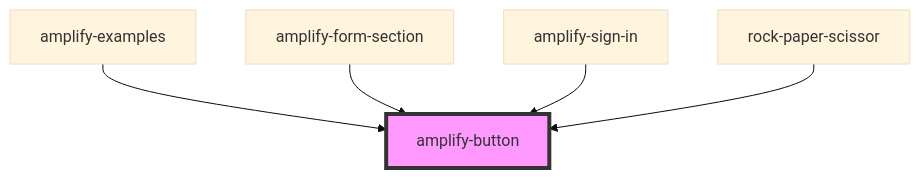
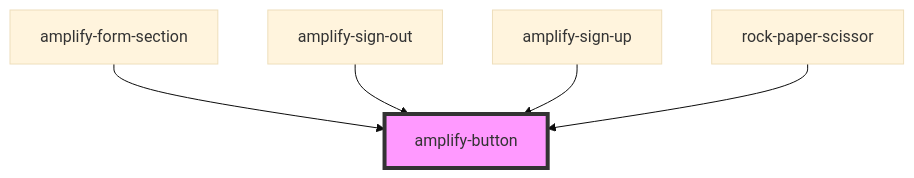
Before and after one commit to OneDev0411/amplify-js: the diagram in packages/amplify-ui-components/src/components/amplify-button/readme.md, drawn with Mermaid (base theme). The commit also changed other lines of this file and 241 other files, not shown here.

````diff
--- a/packages/amplify-ui-components/src/components/amplify-button/readme.md
+++ b/packages/amplify-ui-components/src/components/amplify-button/readme.md
@@ -27,8 +24,8 @@
 ```mermaid
 graph TD;
-  amplify-examples --> amplify-button
   amplify-form-section --> amplify-button
-  amplify-sign-in --> amplify-button
+  amplify-sign-out --> amplify-button
+  amplify-sign-up --> amplify-button
   rock-paper-scissor --> amplify-button
   style amplify-button fill:#f9f,stroke:#333,stroke-width:4px
 ```
````
